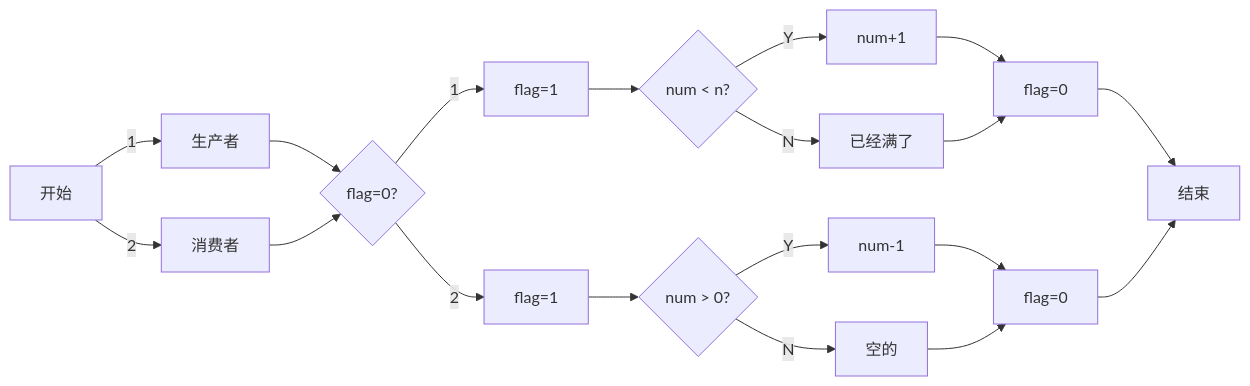
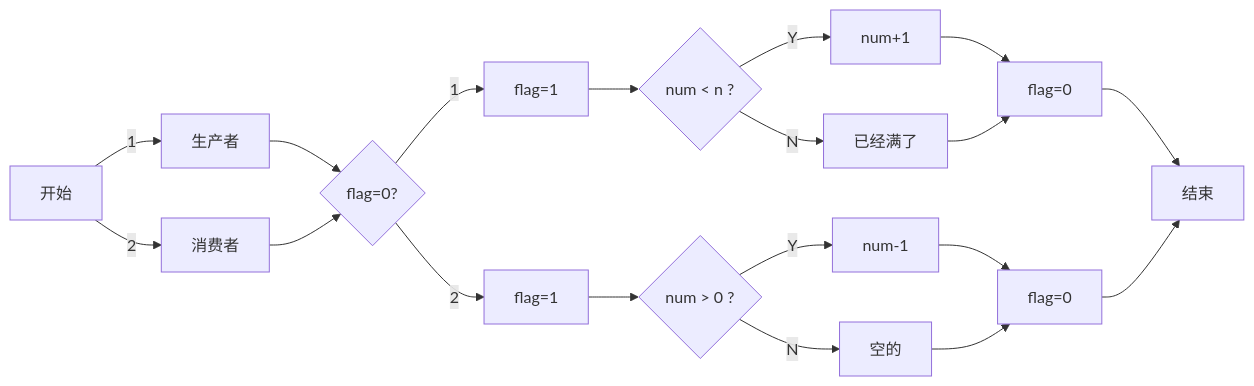
One commit to srcrs/srcrs.github.io changed the fourth of 4 diagrams in source/_posts/进程同步之生产者与消费者关系.md. Above: the diagram before and after it, drawn with Mermaid.

Commit message:
文章更改

````diff
--- a/source/_posts/进程同步之生产者与消费者关系.md
+++ b/source/_posts/进程同步之生产者与消费者关系.md
@@ -108,21 +108,21 @@
 ```mermaid
 graph LR
-start[开始] --1--> 1[生产者]
-start --2--> 2[消费者]
+start[开始] -- 1 --> 1[生产者]
+start -- 2 --> 2[消费者]
 1 --> flag{flag=0?}
 2 --> flag
 flag -- 1 --> a[flag=1]
 flag -- 2 --> b[flag=1]
-a --> numa{num < n?}
+a --> numa{num < n ?}
 numa -- Y --> a1[num+1]
 numa -- N --> b1[已经满了]
-b --> numb{num > 0?}
+b --> numb{num > 0 ?}
 numb -- Y --> a2[num-1]
 numb -- N --> b2[空的]
 a1 --> flag1[flag=0]
 b1 --> flag1
 a2 --> flag2[flag=0]
 b2 --> flag2
 flag1 --> stop[结束]
 flag2 --> stop[结束]
 ```
````
